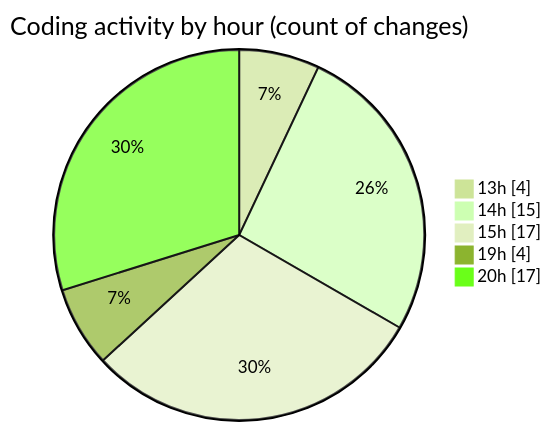
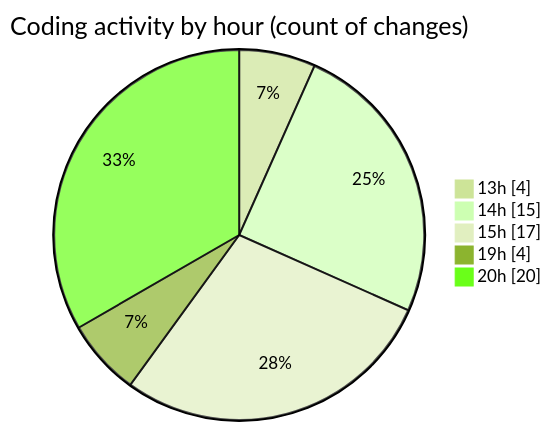
The second of 2 diagrams in 2025-01-21/projects/README.md (Ritupan-Deka/code-tracking), drawn with Mermaid (forest theme) before and after one commit. The commit also changed other lines of this file and 1 other file, not shown here.

````diff
--- a/2025-01-21/projects/README.md
+++ b/2025-01-21/projects/README.md
@@ -42,9 +42,9 @@
 ```mermaid
 pie showData
 title Coding activity by hour (count of changes)
 "13h" : 4
 "14h" : 15
 "15h" : 17
 "19h" : 4
-"20h" : 17
+"20h" : 20
 ```
````
